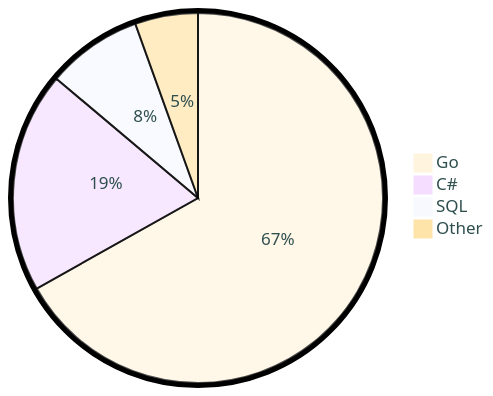
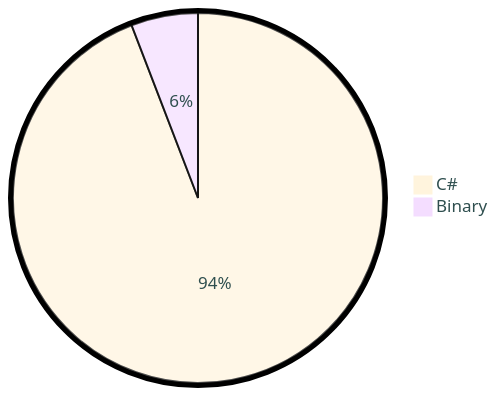
The diagram in README.md (tot0p/tot0p), drawn with Mermaid before and after one commit. The commit also changed other lines of this file, not shown here.

````diff
--- a/README.md
+++ b/README.md
@@ -77,8 +67,6 @@
 ```mermaid
 %%{init: {"pie": {"textPosition": 0.5}, "themeVariables": {"pieOuterStrokeWidth": "5px","primaryTextColor" : "#2F4F4F"},"theme":"base"} }%%
 pie
-	"Go": 66.87
-	"C#": 19.29
-	"SQL": 8.36
-	"Other": 5.499999999999999
+	"C#": 94.16
+	"Binary": 5.84
 ```
````
